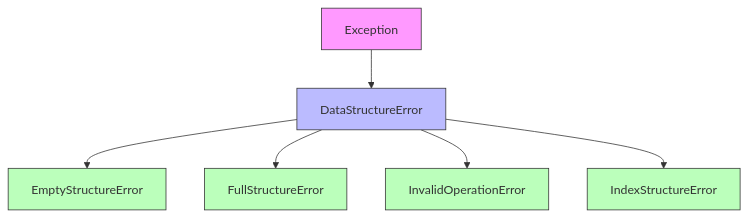
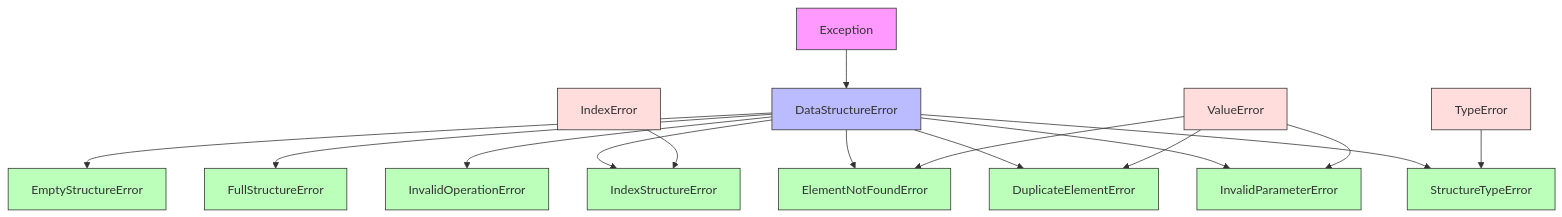
One commit to skyfrigate/sds changed the diagram in docs/source/api/core/exceptions.rst. Above: the diagram before and after it, drawn with Mermaid. The commit also changed other lines of this file and 5 other files, not shown here.

```diff
--- a/docs/source/api/core/exceptions.rst
+++ b/docs/source/api/core/exceptions.rst
@@ -22,15 +22,31 @@
 .. mermaid::
 
    graph TD
        A[Exception] --> B[DataStructureError]
        B --> C[EmptyStructureError]
        B --> D[FullStructureError]
        B --> E[InvalidOperationError]
        B --> F[IndexStructureError]
+       B --> G[ElementNotFoundError]
+       B --> H[DuplicateElementError]
+       B --> I[InvalidParameterError]
+       B --> J[StructureTypeError]
+       K[IndexError] --> F
+       L[ValueError] --> G
+       L --> H
+       L --> I
+       M[TypeError] --> J
 
        style A fill:#f9f,stroke:#333
        style B fill:#bbf,stroke:#333
        style C fill:#bfb,stroke:#333
        style D fill:#bfb,stroke:#333
        style E fill:#bfb,stroke:#333
        style F fill:#bfb,stroke:#333
+       style G fill:#bfb,stroke:#333
+       style H fill:#bfb,stroke:#333
+       style I fill:#bfb,stroke:#333
+       style J fill:#bfb,stroke:#333
+       style K fill:#fdd,stroke:#333
+       style L fill:#fdd,stroke:#333
+       style M fill:#fdd,stroke:#333
```
